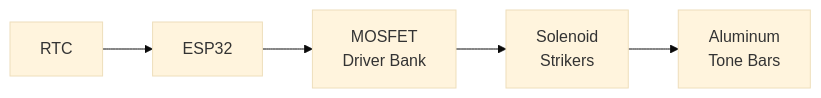
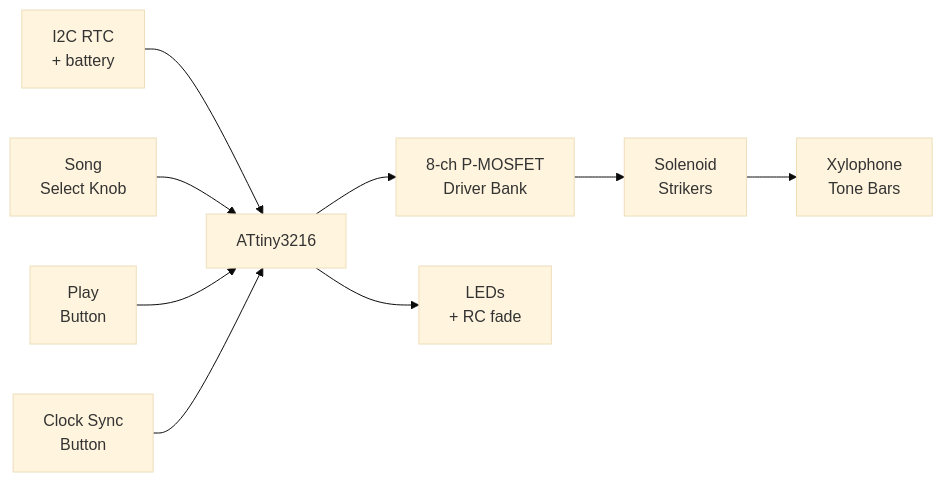
One commit to alexanderenrique/alexanderenrique.github.io changed the diagram in src/work_logs/microelectronics/desktop-chime.md. Above: the diagram before and after it, drawn with Mermaid (base theme). The commit also changed other lines of this file and 15 other files, not shown here.

```diff
--- a/src/work_logs/microelectronics/desktop-chime.md
+++ b/src/work_logs/microelectronics/desktop-chime.md
@@ -53,7 +56,11 @@
 {% mermaid %}
 graph LR
-    A["RTC"] --> B["ESP32"]
-    B --> C["MOSFET<br>Driver Bank"]
-    C --> D["Solenoid<br>Strikers"]
-    D --> E["Aluminum<br>Tone Bars"]
+    RTC["I2C RTC<br>+ battery"] --> MCU["ATtiny3216"]
+    KNOB["Song<br>Select Knob"] --> MCU
+    PLAY["Play<br>Button"] --> MCU
+    SYNC["Clock Sync<br>Button"] --> MCU
+    MCU --> MOSFET["8-ch P-MOSFET<br>Driver Bank"]
+    MCU --> LED["LEDs<br>+ RC fade"]
+    MOSFET --> SOL["Solenoid<br>Strikers"]
+    SOL --> BARS["Xylophone<br>Tone Bars"]
 {% endmermaid %}
```
